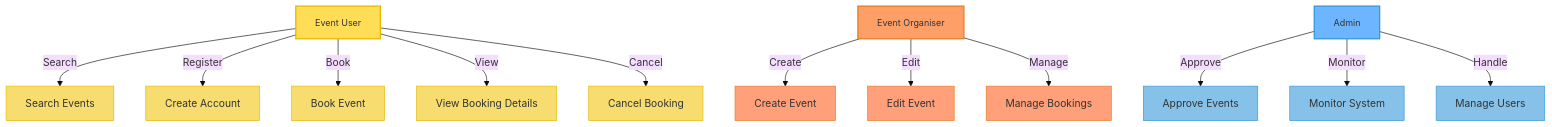
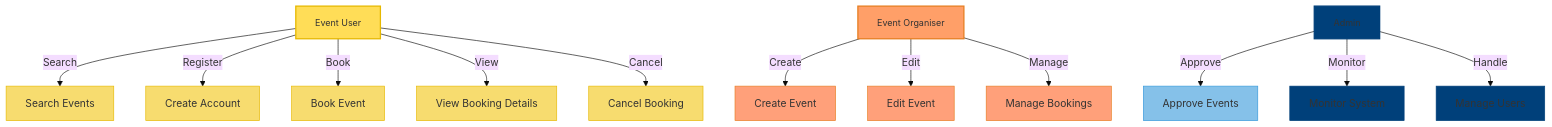
The diagram in USE-CASE-DIAGRAM.md (celeste-smith/event-booking-system), drawn with Mermaid (base theme) before and after one commit.

Commit message:
Update USE-CASE-DIAGRAM.md
3rd update

````diff
--- a/USE-CASE-DIAGRAM.md
+++ b/USE-CASE-DIAGRAM.md
@@ -4,35 +4,35 @@
 ```mermaid
 graph TD;
     A[Event User] -->|Search| B[Search Events];
     A -->|Register| C[Create Account];
     A -->|Book| D[Book Event];
     A -->|View| E[View Booking Details];
     A -->|Cancel| F[Cancel Booking];
     
     G[Event Organiser] -->|Create| H[Create Event];
     G -->|Edit| I[Edit Event];
     G -->|Manage| J[Manage Bookings];
     
     K[Admin] -->|Approve| L[Approve Events];
     K -->|Monitor| M[Monitor System];
     K -->|Handle| N[Manage Users];
 
     %% Styling
     style A fill:#FFDD57,stroke:#E6B800,stroke-width:2px,font-size:14px;
     style G fill:#FF9F68,stroke:#E67E22,stroke-width:2px,font-size:14px;
-    style K fill:#6EB5FF,stroke:#3498DB,stroke-width:2px,font-size:14px;
+    style K fill:#00407a,stroke:#00407a,stroke-width:2px,font-size:14px;
 
     style B fill:#F7DC6F,stroke:#E6B800;
     style C fill:#F7DC6F,stroke:#E6B800;
     style D fill:#F7DC6F,stroke:#E6B800;
     style E fill:#F7DC6F,stroke:#E6B800;
     style F fill:#F7DC6F,stroke:#E6B800;
 
     style H fill:#FFA07A,stroke:#E67E22;
     style I fill:#FFA07A,stroke:#E67E22;
     style J fill:#FFA07A,stroke:#E67E22;
 
     style L fill:#85C1E9,stroke:#3498DB;
-    style M fill:#85C1E9,stroke:#3498DB;
-    style N fill:#85C1E9,stroke:#3498DB;
+    style M fill:#00407a,stroke:#00407a;
+    style N fill:#00407a,stroke:#00407a;
 ```
````
